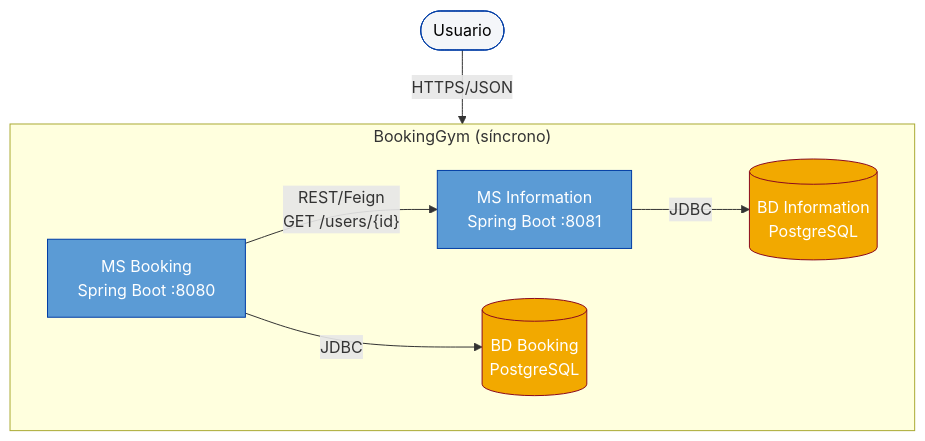
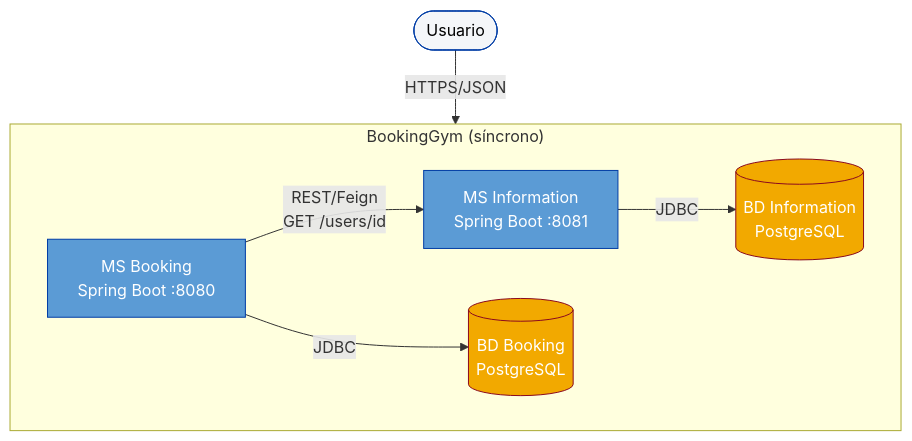
One commit to arielhurtado/springbootexamples changed the first of 8 diagrams in BokingGymNewVersion/architecture.md. Above: the diagram before and after it, drawn with Mermaid. The commit also changed other lines of this file, not shown here.

Commit message:
Update architecture complaint with the code

````diff
--- a/BokingGymNewVersion/architecture.md
+++ b/BokingGymNewVersion/architecture.md
@@ -94,25 +49,25 @@
 ```mermaid
 flowchart TB
     subgraph bookinggym["BookingGym (síncrono)"]
         direction LR
         msB["MS Booking<br/>Spring Boot :8080"]
         msI["MS Information<br/>Spring Boot :8081"]
         dbB[("BD Booking<br/>PostgreSQL")]
         dbI[("BD Information<br/>PostgreSQL")]
     end
 
     usuario(["Usuario"])
 
     usuario -->|HTTPS/JSON| msB
-    msB -->|"REST/Feign<br/>GET /users/{id}"| msI
+    msB -->|"REST/Feign<br/>GET /users/id"| msI
     msB -->|JDBC| dbB
     msI -->|JDBC| dbI
 
     classDef app fill:#5B9BD5,stroke:#003DA5,color:#fff
     classDef db fill:#F2A900,stroke:#8B0A1F,color:#fff
     classDef person fill:#F4F6F9,stroke:#003DA5,color:#000
 
     class msB,msI app
     class dbB,dbI db
     class usuario person
 ```
````
